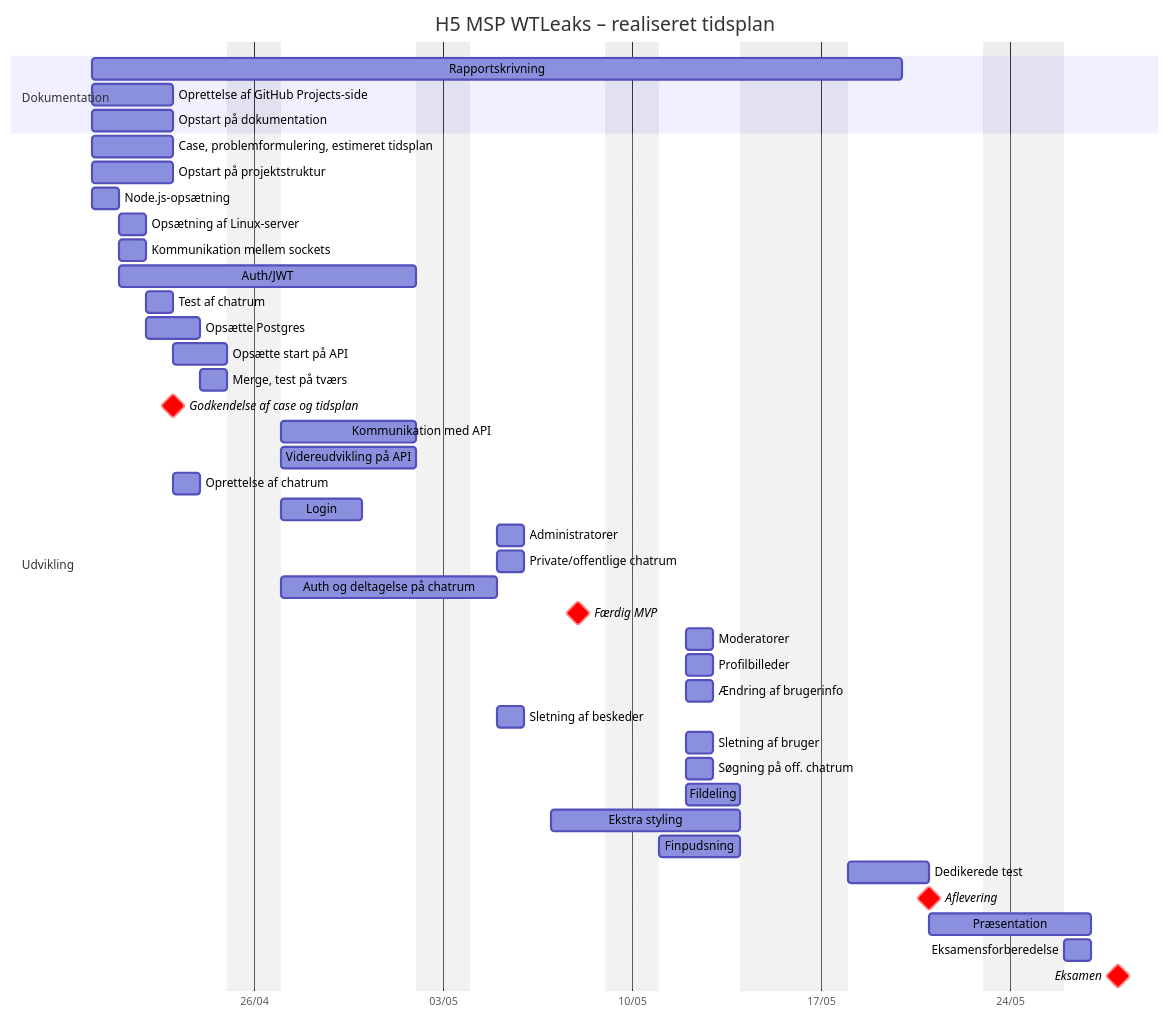
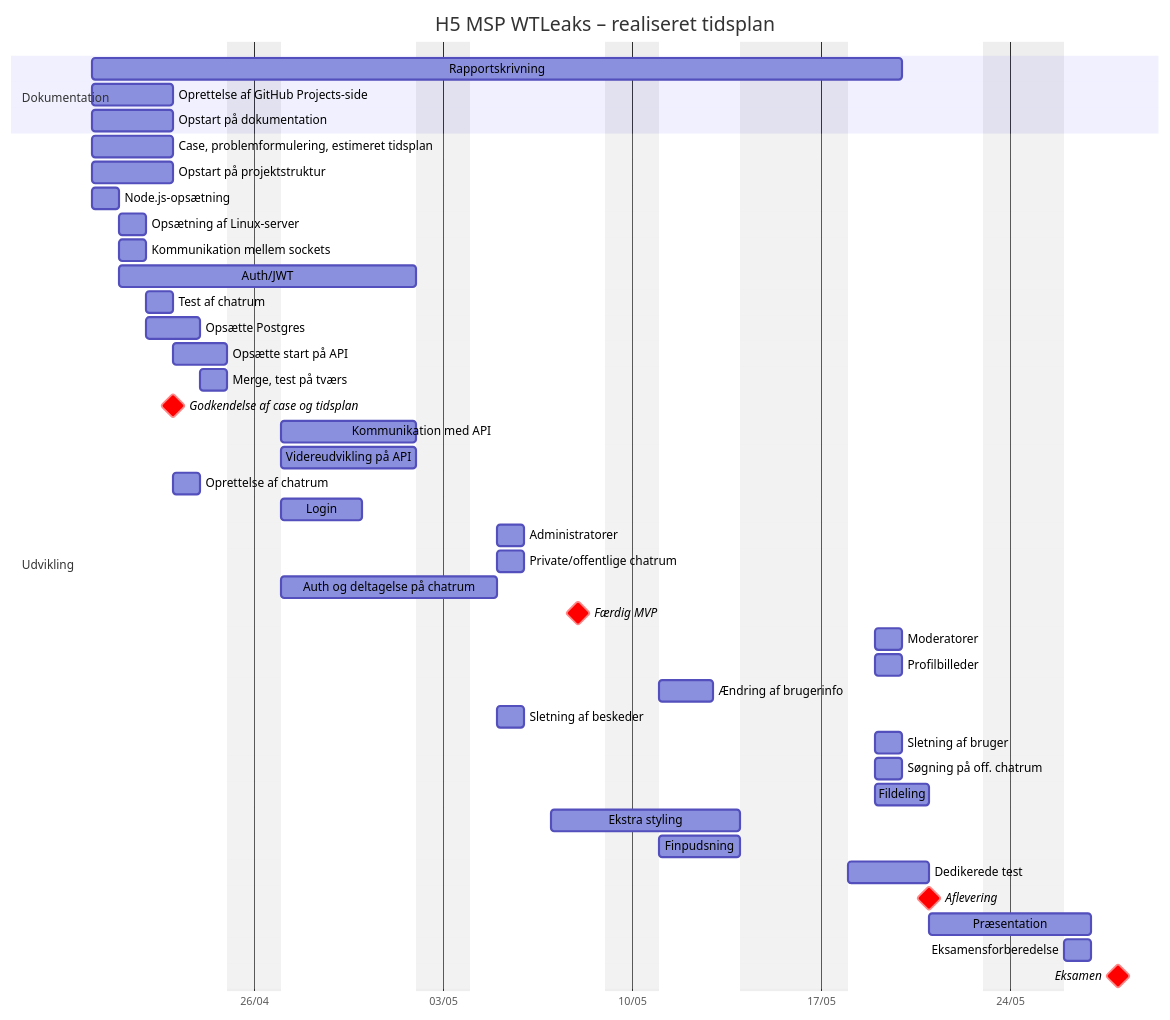
One commit to Mercantec-GHC/h5-msp-wtleaks changed the diagram in Rapport/docs/Realiseret Tidsplan.md. Above: the diagram before and after it, drawn with Mermaid. The commit also changed 4 other files, not shown here.

````diff
--- a/Rapport/docs/Realiseret Tidsplan.md
+++ b/Rapport/docs/Realiseret Tidsplan.md
@@ -3,65 +3,65 @@
 ```mermaid
 ---
 config:
     themeVariables:
         taskTextColor: 'black'
         taskTextOutsideColor: 'black'
 ---
 gantt
     title H5 MSP WTLeaks – realiseret tidsplan
     dateFormat  YYYY-MM-DD
     axisFormat  %d/%m
     excludes  weekends, 2026-05-14, 2026-05-15, 2026-05-25
     %% todayMarker off
     
     section Dokumentation
     Rapportskrivning  : 2026-04-20, 20d
     Oprettelse af GitHub Projects-side  : 2026-04-20, 3d
     Opstart på dokumentation  : 2026-04-20, 3d
     
     section Udvikling
     %% Uge 1
     Case, problemformulering, estimeret tidsplan  : 2026-04-20, 3d
     Opstart på projektstruktur  : 2026-04-20, 3d
     Node.js-opsætning  : 2026-04-20, 1d
     Opsætning af Linux-server  : 2026-04-21, 1d
     Kommunikation mellem sockets  : 2026-04-21, 1d
     Auth/JWT  : jwt, 2026-04-21, 9d
     Test af chatrum  : 2026-04-22, 1d
     Opsætte Postgres  : 2026-04-22, 2d
     Opsætte start på API  : 2026-04-23, 2d
     Merge, test på tværs  : 2026-04-24, 1d
     Godkendelse af case og tidsplan  : crit, milestone, 2026-04-23, 0d
     
     %% Uge 2
     Kommunikation med API  : 2026-04-27, 5d
     Videreudvikling på API  : 2026-04-27, 5d
     Oprettelse af chatrum  : 2026-04-23, 1d
     Login  : 2026-04-27, 3d
     Administratorer  : 2026-05-05, 1d
     Private/offentlige chatrum  : 2026-05-05, 1d
     Auth og deltagelse på chatrum  : 2026-04-27, 6d
     Færdig MVP  : crit, milestone, 2026-05-08, 0d
     
     %% Uge 3
-    Moderatorer  : 2026-05-12, 1d
-    Profilbilleder  : 2026-05-12, 1d
-    Ændring af brugerinfo  : 2026-05-12, 1d
+    Moderatorer  : 2026-05-19, 1d
+    Profilbilleder  : 2026-05-19, 1d
+    Ændring af brugerinfo  : 2026-05-11, 2d
     Sletning af beskeder  : 2026-05-05, 1d
-    Sletning af bruger  : 2026-05-12, 1d
-    Søgning på off. chatrum  : 2026-05-12, 1d
-    Fildeling  : 2026-05-12, 2d
+    Sletning af bruger  : 2026-05-19, 1d
+    Søgning på off. chatrum  : 2026-05-19, 1d
+    Fildeling  : 2026-05-19, 2d
     
     %% Uge 4
     Ekstra styling  : 2026-05-7, 5d
     Finpudsning  : 2026-05-11, 3d
     
     %% Uge 5
     Dedikerede test  : 2026-05-18, 3d
     Aflevering  : crit, milestone, 2026-05-21, 0d
     Præsentation  : 2026-05-21, 3d
     
     %% Uge 6
     Eksamensforberedelse  : 2026-05-26, 1d
     Eksamen  : crit, milestone, 2026-05-28, 0d
 ```
````
